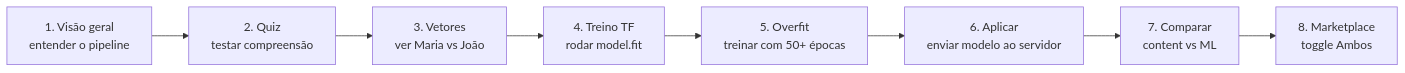
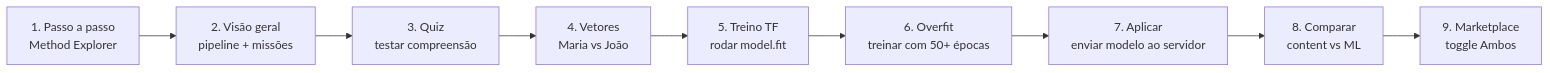
One commit to ilaraca/3d-colab-recommendations changed diagram 16 of 22 in docs/recommendations/README.md. Above: the diagram before and after it, drawn with Mermaid. The commit also changed other lines of this file and 5 other files, not shown here.

````diff
--- a/docs/recommendations/README.md
+++ b/docs/recommendations/README.md
@@ -585,10 +589,11 @@
 ```mermaid
 flowchart LR
-    A["1. Visão geral<br/>entender o pipeline"] --> B["2. Quiz<br/>testar compreensão"]
-    B --> C["3. Vetores<br/>ver Maria vs João"]
-    C --> D["4. Treino TF<br/>rodar model.fit"]
-    D --> E["5. Overfit<br/>treinar com 50+ épocas"]
-    E --> F["6. Aplicar<br/>enviar modelo ao servidor"]
-    F --> G["7. Comparar<br/>content vs ML"]
-    G --> H["8. Marketplace<br/>toggle Ambos"]
+    A["1. Passo a passo<br/>Method Explorer"] --> B["2. Visão geral<br/>pipeline + missões"]
+    B --> C["3. Quiz<br/>testar compreensão"]
+    C --> D["4. Vetores<br/>Maria vs João"]
+    D --> E["5. Treino TF<br/>rodar model.fit"]
+    E --> F["6. Overfit<br/>treinar com 50+ épocas"]
+    F --> G["7. Aplicar<br/>enviar modelo ao servidor"]
+    G --> H["8. Comparar<br/>content vs ML"]
+    H --> I["9. Marketplace<br/>toggle Ambos"]
 ```
````
